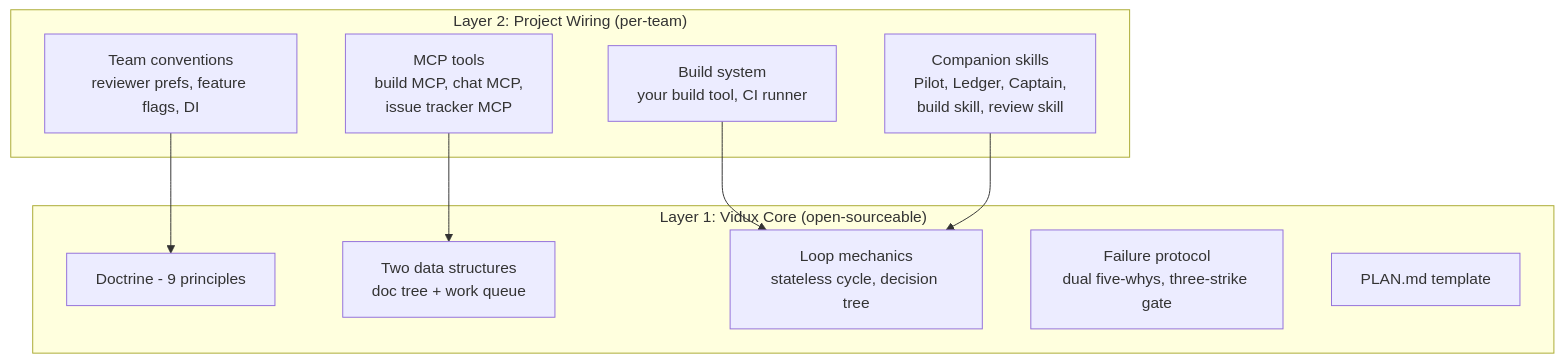
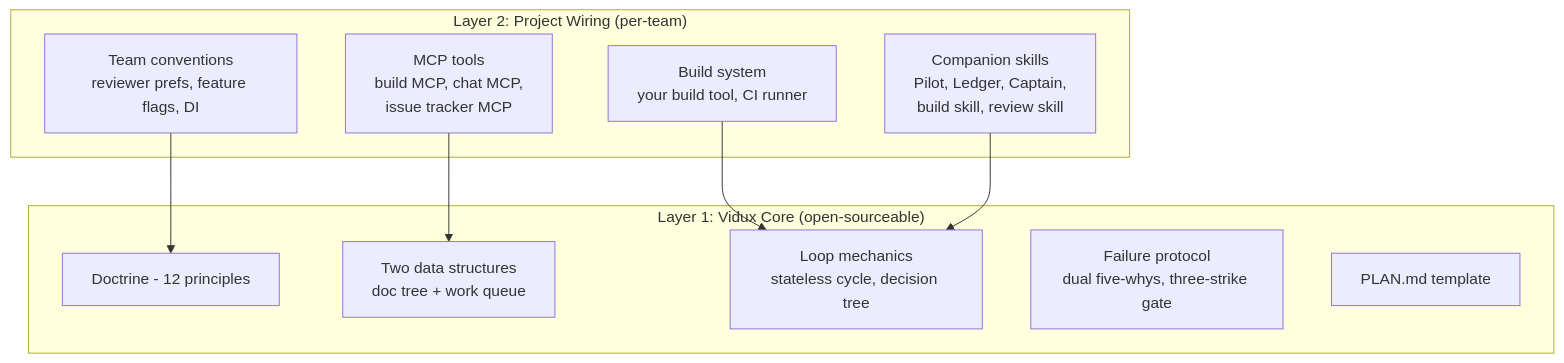
The fifth of 6 diagrams in guides/vidux/architecture.md (leojkwan/vidux), drawn with Mermaid before and after one commit.

Commit message:
fix(docs): update architecture diagram to reflect 12 principles
The mermaid Layer 1 diagram still said "9 principles" after the
doctrine extension added principles 10-12.

````diff
--- a/guides/vidux/architecture.md
+++ b/guides/vidux/architecture.md
@@ -274,20 +274,20 @@
 ```mermaid
 graph TB
     subgraph "Layer 2: Project Wiring (per-team)"
         W1[MCP tools<br/>build MCP, chat MCP,<br/>issue tracker MCP]
         W2[Build system<br/>your build tool, CI runner]
         W3[Team conventions<br/>reviewer prefs, feature flags, DI]
         W4[Companion skills<br/>Pilot, Ledger, Captain,<br/>build skill, review skill]
     end
     subgraph "Layer 1: Vidux Core (open-sourceable)"
-        C1[Doctrine - 9 principles]
+        C1[Doctrine - 12 principles]
         C2[Two data structures<br/>doc tree + work queue]
         C3[Loop mechanics<br/>stateless cycle, decision tree]
         C4[Failure protocol<br/>dual five-whys, three-strike gate]
         C5[PLAN.md template]
     end
     W1 --> C2
     W2 --> C3
     W3 --> C1
     W4 --> C3
 ```
````
